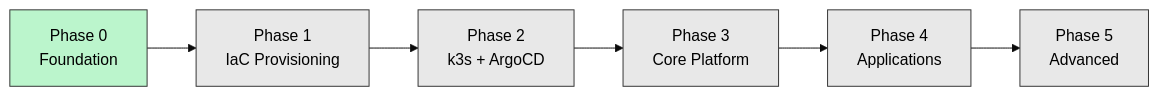
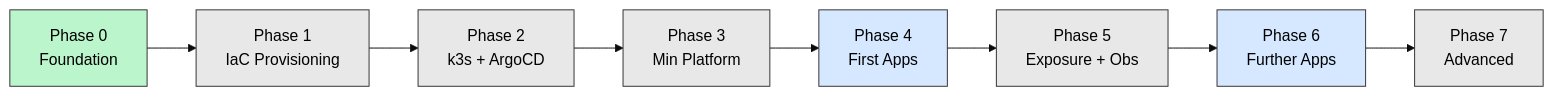
The diagram in docs/roadmap.md (aalhabli/iac-kubernetes-homelab), drawn with Mermaid (base theme) before and after one commit. The commit also changed other lines of this file and 2 other files, not shown here.

First line of the commit message:
docs: restructure roadmap to deploy apps earlier; add ADR-0010

````diff
--- a/docs/roadmap.md
+++ b/docs/roadmap.md
@@ -22,15 +26,19 @@
 ```mermaid
 graph LR
     P0["Phase 0<br/>Foundation"] --> P1["Phase 1<br/>IaC Provisioning"]
     P1 --> P2["Phase 2<br/>k3s + ArgoCD"]
-    P2 --> P3["Phase 3<br/>Core Platform"]
-    P3 --> P4["Phase 4<br/>Applications"]
-    P4 --> P5["Phase 5<br/>Advanced"]
+    P2 --> P3["Phase 3<br/>Min Platform"]
+    P3 --> P4["Phase 4<br/>First Apps"]
+    P4 --> P5["Phase 5<br/>Exposure + Obs"]
+    P5 --> P6["Phase 6<br/>Further Apps"]
+    P6 --> P7["Phase 7<br/>Advanced"]
 
     style P0 fill:#bbf5cc,stroke:#333,color:#000
     style P1 fill:#e8e8e8,stroke:#333,color:#000
     style P2 fill:#e8e8e8,stroke:#333,color:#000
     style P3 fill:#e8e8e8,stroke:#333,color:#000
-    style P4 fill:#e8e8e8,stroke:#333,color:#000
+    style P4 fill:#d6e8ff,stroke:#333,color:#000
     style P5 fill:#e8e8e8,stroke:#333,color:#000
+    style P6 fill:#d6e8ff,stroke:#333,color:#000
+    style P7 fill:#e8e8e8,stroke:#333,color:#000
 ```
````
